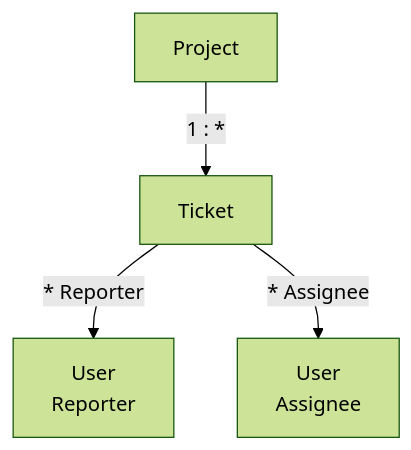
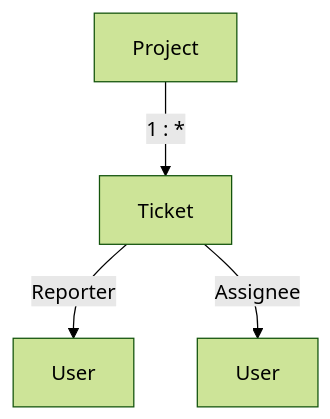
Before and after one commit to ayesha19765/ResolveHub: the second of 2 diagrams in README.md, drawn with Mermaid (forest theme). The commit also changed other lines of this file and 1 other file, not shown here.

````diff
--- a/README.md
+++ b/README.md
@@ -61,6 +74,9 @@
 ```mermaid
 flowchart TD
+
     Project["Project"] -->|1 : *| Ticket["Ticket"]
-    Ticket -->|* Reporter| Reporter["User<br/>Reporter"]
-    Ticket -->|* Assignee| Assignee["User<br/>Assignee"]
+
+    Ticket -->|Reporter| User1["User"]
+
+    Ticket -->|Assignee| User2["User"]
 ```
````
